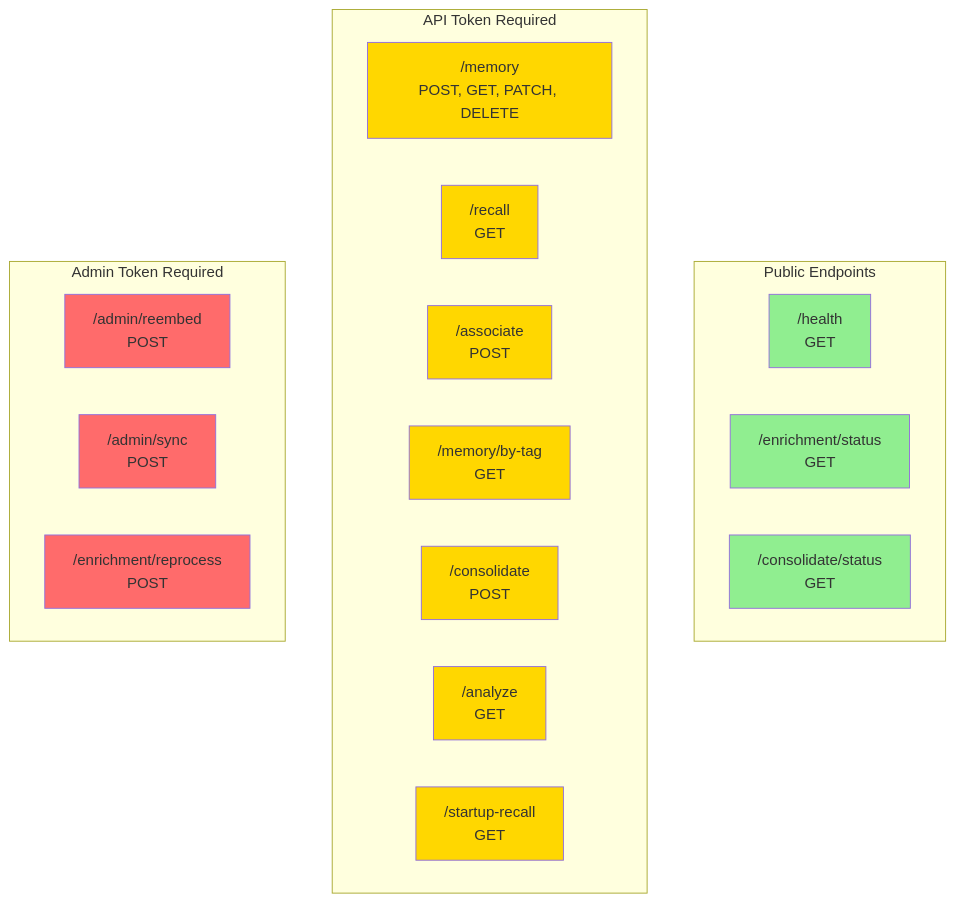
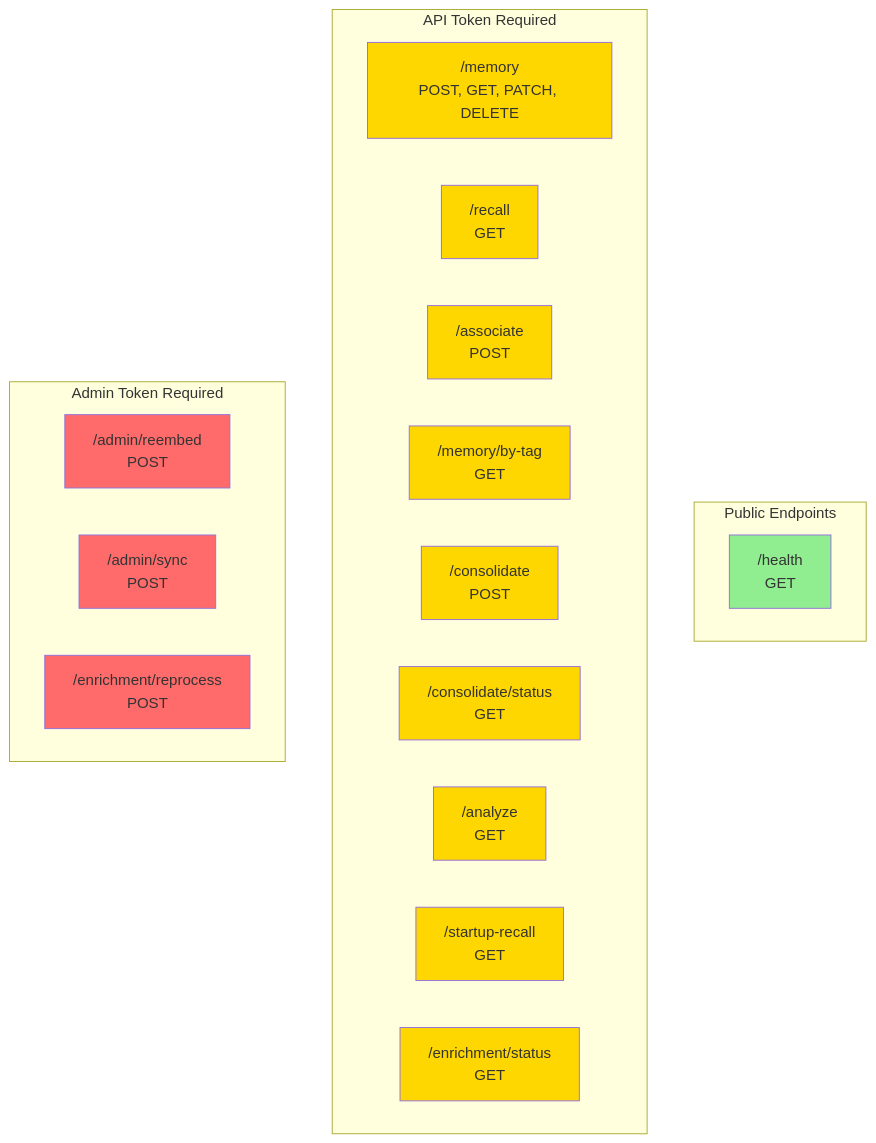
The third of 3 diagrams in src/content/docs/docs/reference/authentication.md (verygoodplugins/automem-website), drawn with Mermaid before and after one commit. The commit also changed other lines of this file, not shown here.

````diff
--- a/src/content/docs/docs/reference/authentication.md
+++ b/src/content/docs/docs/reference/authentication.md
@@ -167,38 +167,38 @@
 ```mermaid
 graph TB
     subgraph "Public Endpoints"
         Health["/health<br/>GET"]
-        EnrichStatus["/enrichment/status<br/>GET"]
-        ConsolidateStatus["/consolidate/status<br/>GET"]
     end
 
     subgraph "API Token Required"
         Memory["/memory<br/>POST, GET, PATCH, DELETE"]
         Recall["/recall<br/>GET"]
         Associate["/associate<br/>POST"]
         ByTag["/memory/by-tag<br/>GET"]
         Consolidate["/consolidate<br/>POST"]
+        ConsolidateStatus["/consolidate/status<br/>GET"]
         Analyze["/analyze<br/>GET"]
         StartupRecall["/startup-recall<br/>GET"]
+        EnrichStatus["/enrichment/status<br/>GET"]
     end
 
     subgraph "Admin Token Required"
         Reembed["/admin/reembed<br/>POST"]
         Sync["/admin/sync<br/>POST"]
         Reprocess["/enrichment/reprocess<br/>POST"]
     end
 
     style Health fill:#90EE90
-    style EnrichStatus fill:#90EE90
-    style ConsolidateStatus fill:#90EE90
     style Memory fill:#FFD700
     style Recall fill:#FFD700
     style Associate fill:#FFD700
     style ByTag fill:#FFD700
     style Consolidate fill:#FFD700
+    style ConsolidateStatus fill:#FFD700
     style Analyze fill:#FFD700
     style StartupRecall fill:#FFD700
+    style EnrichStatus fill:#FFD700
     style Reembed fill:#FF6B6B
     style Sync fill:#FF6B6B
     style Reprocess fill:#FF6B6B
 ```
````
